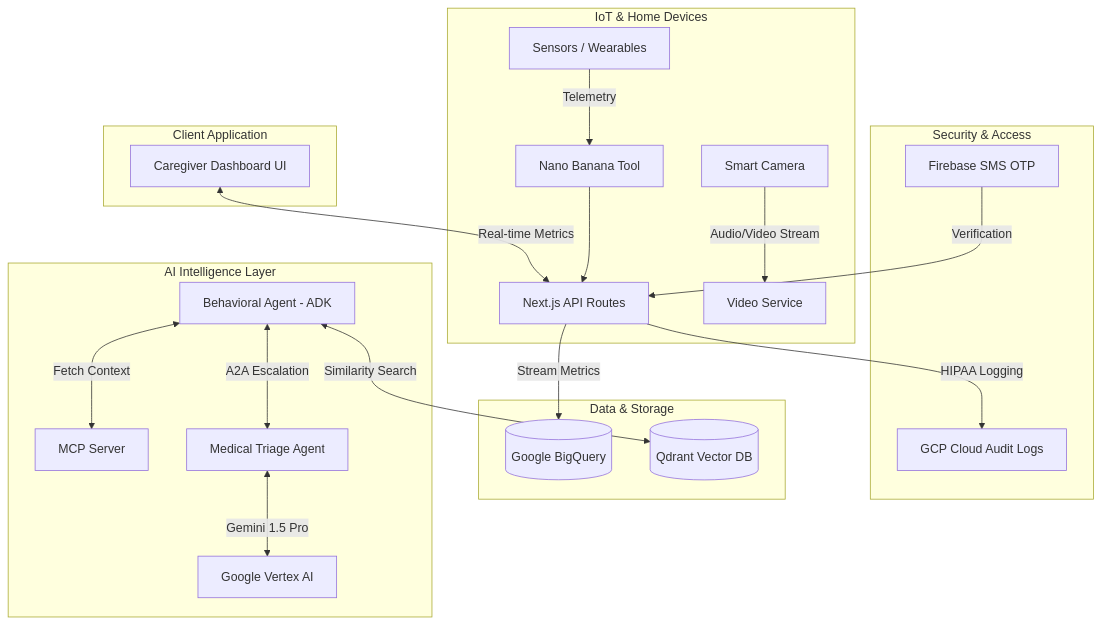
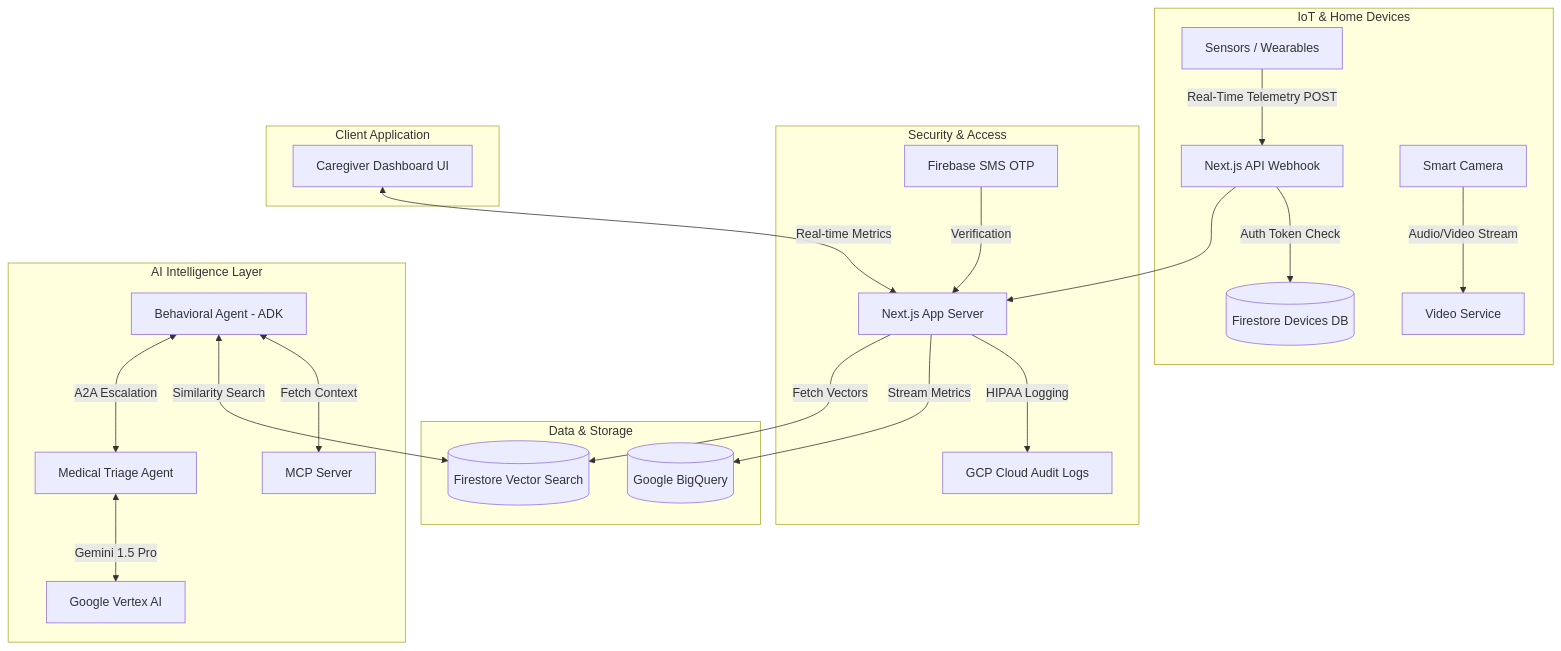
One commit to rockerspace/AuraCare-AI changed the diagram in README.md. Above: the diagram before and after it, drawn with Mermaid. The commit also changed other lines of this file and 23 other files, not shown here.

Commit message:
feat: Production-grade real-time IoT Ingestion Webhook

````diff
--- a/README.md
+++ b/README.md
@@ -25,29 +26,30 @@
 ```mermaid
 graph TD
     subgraph IoT & Home Devices
-        S[Sensors / Wearables] -->|Telemetry| Nano[Nano Banana Tool]
-        Nano --> API[Next.js API Routes]
+        S[Sensors / Wearables] -->|Real-Time Telemetry POST| Webhook[Next.js API Webhook]
+        Webhook -->|Auth Token Check| Firestore[(Firestore Devices DB)]
         Cam[Smart Camera] -->|Audio/Video Stream| VideoSvc[Video Service]
     end
 
     subgraph Security & Access
-        Auth[Firebase SMS OTP] -->|Verification| API
+        Auth[Firebase SMS OTP] -->|Verification| API[Next.js App Server]
         API -->|HIPAA Logging| Audit[GCP Cloud Audit Logs]
+        Webhook --> API
     end
 
     subgraph Data & Storage
         API -->|Stream Metrics| BQ[(Google BigQuery)]
-        Qdrant[(Qdrant Vector DB)]
+        API -->|Fetch Vectors| FirestoreVec[(Firestore Vector Search)]
     end
 
     subgraph AI Intelligence Layer
         GADK[Behavioral Agent - ADK] <-->|Fetch Context| MCP[MCP Server]
-        GADK <-->|Similarity Search| Qdrant
+        GADK <-->|Similarity Search| FirestoreVec
         GADK <-->|A2A Escalation| Triage[Medical Triage Agent]
         Triage <-->|Gemini 1.5 Pro| VertexAI[Google Vertex AI]
     end
     
     subgraph Client Application
         Dashboard[Caregiver Dashboard UI] <-->|Real-time Metrics| API
     end
 ```
````
